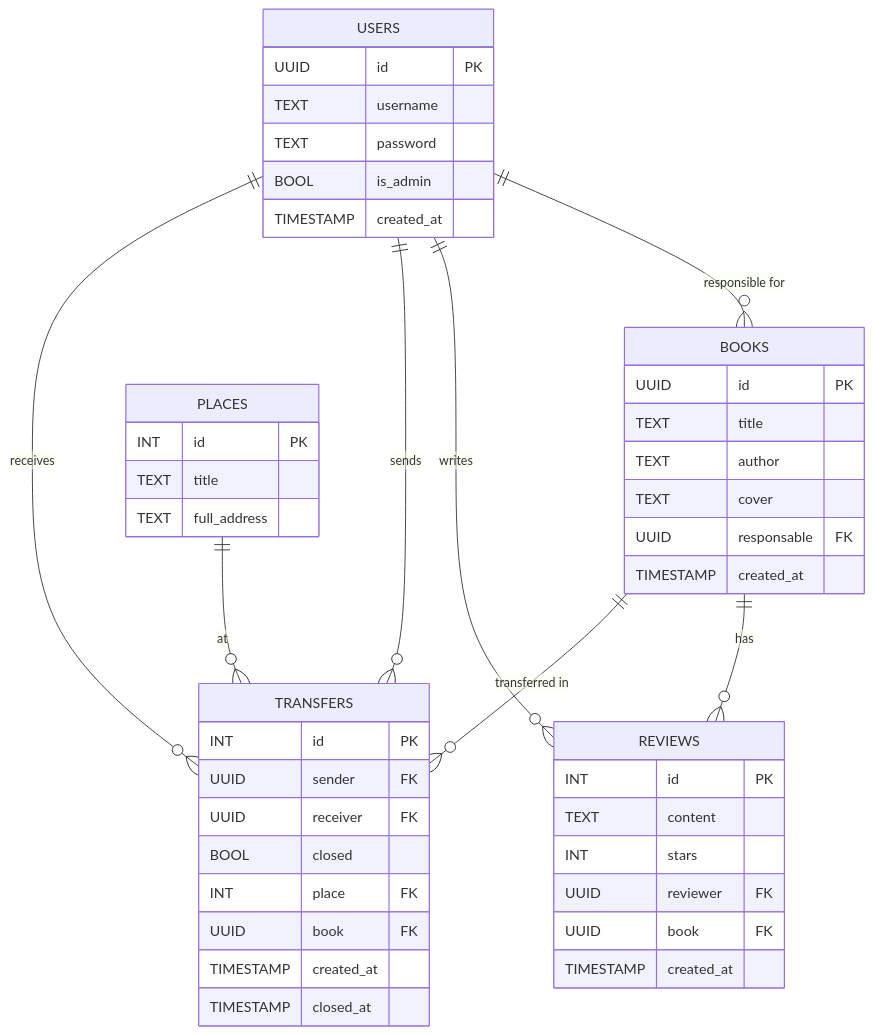
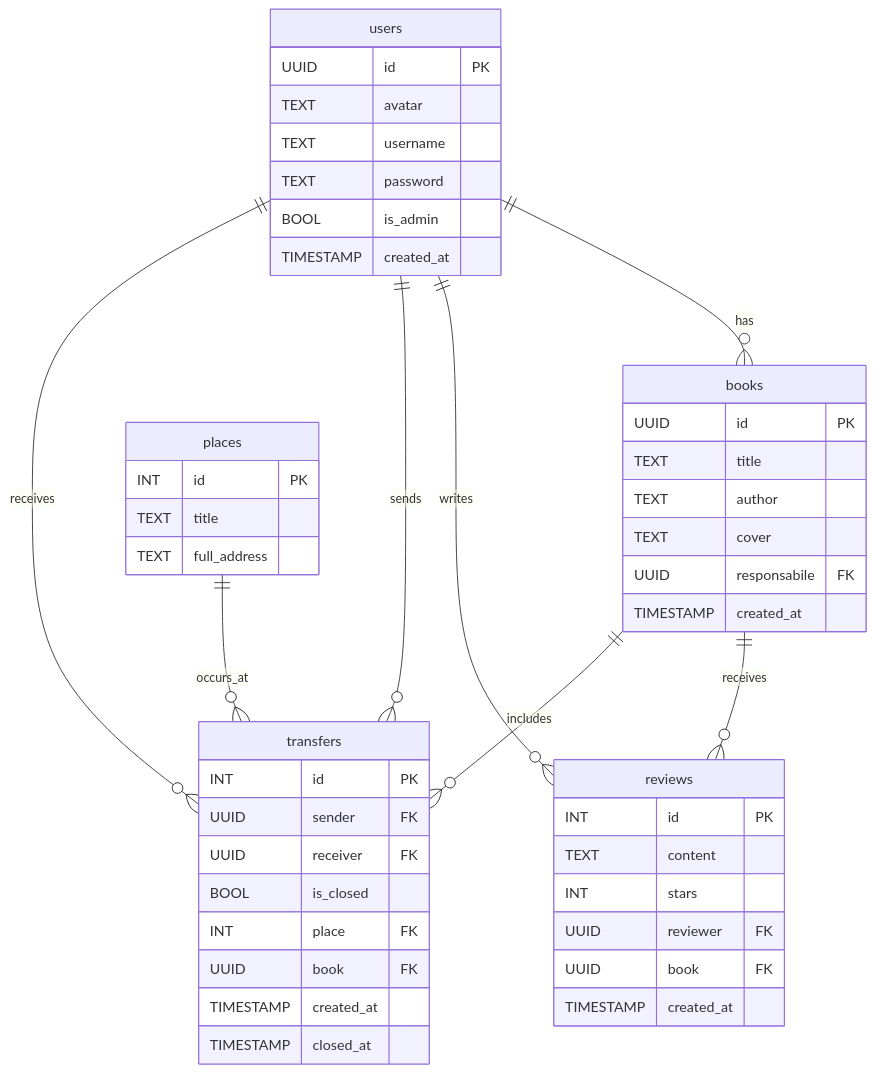
The diagram in README.md (alchemmist/bookswap), drawn with Mermaid before and after one commit. The commit also changed 2 other files, not shown here.

Commit message:
frontend: add checkbox for admins in register

````diff
--- a/README.md
+++ b/README.md
@@ -27,49 +27,54 @@
 ```mermaid
 erDiagram
-    USERS {
+    users {
         UUID id PK
+        TEXT avatar
         TEXT username
         TEXT password
         BOOL is_admin
         TIMESTAMP created_at
     }
-    BOOKS {
+
+    books {
         UUID id PK
         TEXT title
         TEXT author
         TEXT cover
-        UUID responsable FK
+        UUID responsabile FK
         TIMESTAMP created_at
     }
-    REVIEWS {
+
+    reviews {
         INT id PK
         TEXT content
         INT stars
         UUID reviewer FK
         UUID book FK
         TIMESTAMP created_at
     }
-    PLACES {
+
+    places {
         INT id PK
         TEXT title
         TEXT full_address
     }
-    TRANSFERS {
+
+    transfers {
         INT id PK
         UUID sender FK
         UUID receiver FK
-        BOOL closed
+        BOOL is_closed
         INT place FK
         UUID book FK
         TIMESTAMP created_at
         TIMESTAMP closed_at
     }
 
-    USERS ||--o{ BOOKS     : "responsible for"
-    USERS ||--o{ REVIEWS   : "writes"
-    BOOKS ||--o{ REVIEWS   : "has"
-    USERS ||--o{ TRANSFERS : "sends"
-    USERS ||--o{ TRANSFERS : "receives"
-    BOOKS ||--o{ TRANSFERS : "transferred in"
-    PLACES ||--o{ TRANSFERS: "at"
+    users ||--o{ books : has
+    users ||--o{ reviews : writes
+    users ||--o{ transfers : sends
+    users ||--o{ transfers : receives
+    books ||--o{ reviews : receives
+    books ||--o{ transfers : includes
+    places ||--o{ transfers : occurs_at
 ```
````
